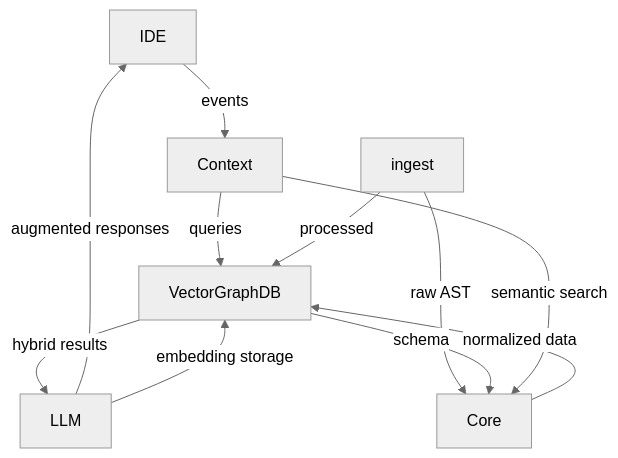
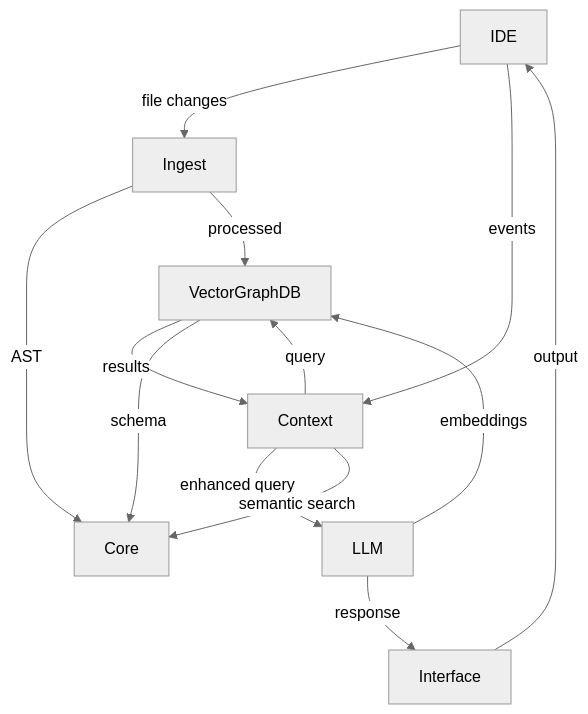
One commit to josephleblanc/ploke changed the diagram in PROPOSED_FILE_ARCH1.md. Above: the diagram before and after it, drawn with Mermaid (neutral theme). The commit also changed other lines of this file, not shown here.

Commit message:
aider: feat: Update architecture diagram and interface description

````diff
--- a/PROPOSED_FILE_ARCH1.md
+++ b/PROPOSED_FILE_ARCH1.md
@@ -58,13 +58,15 @@
    ```mermaid
    graph TD
-    A[IDE] -->|events| B[Context]
-    B -->|queries| C[VectorGraphDB]
-    C -->|hybrid results| D[LLM]
-    D -->|augmented responses| A
-    ingest -->|raw AST| E[Core]
-    ingest -->|processed| C
-    E -->|normalized data| C
-    C -->|schema| E
-    B -->|semantic search| E
-    D -->|embedding storage| C
+    A[IDE] -->|file changes| F[Ingest]
+    A -->|events| B[Context]
+    B -->|query| C[VectorGraphDB]
+    C -->|results| B
+    B -->|enhanced query| D[LLM]
+    D -->|response| E[Interface]
+    E -->|output| A
+    F -->|AST| G[Core]
+    F -->|processed| C
+    C -->|schema| G
+    B -->|semantic search| G
+    D -->|embeddings| C
    ```
````
